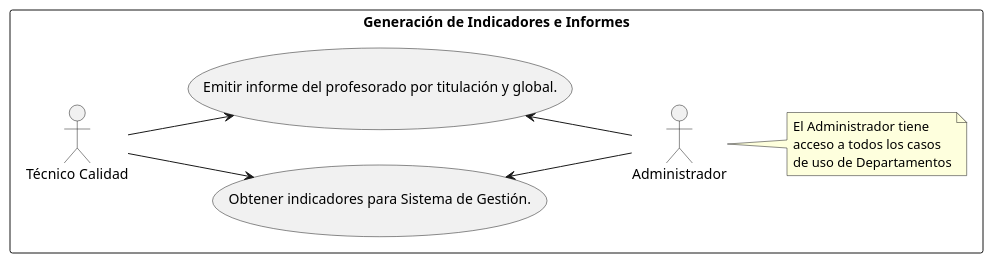
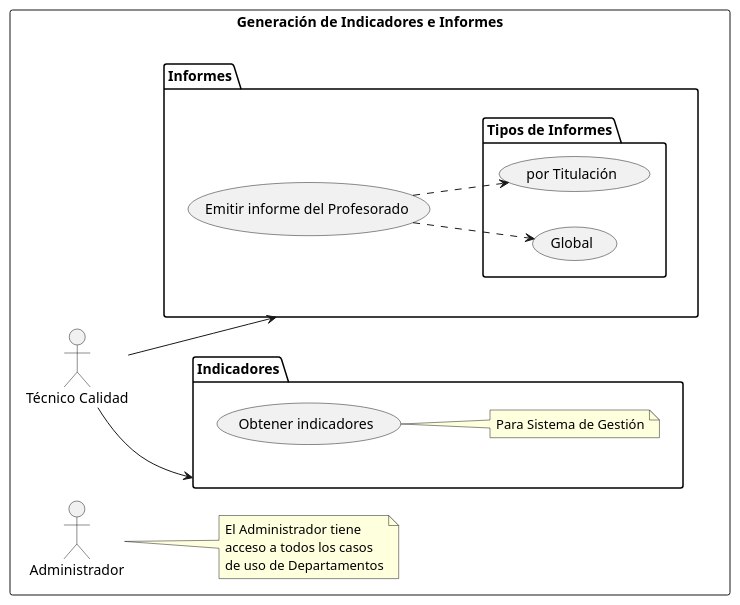
One commit to mmasias/24-25-IdSw1-SDR changed the diagram in modelosUML/CdU/IndicadoresInformes.puml. Above: the diagram before and after it, drawn with PlantUML. The commit also changed 9 other files, not shown here.

Commit message:
nuevos diagramas cdu

```diff
--- a/modelosUML/CdU/IndicadoresInformes.puml
+++ b/modelosUML/CdU/IndicadoresInformes.puml
@@ -1,25 +1,37 @@
 @startuml
 left to right direction
+
 package "Generación de Indicadores e Informes" {
+    actor "Técnico Calidad" as tec
+    actor "Administrador" as admin
   
-  actor "Técnico Calidad" as TecnicoCalidad
-  actor "Administrador" as Admin
-  
-  rectangle "Generación de Indicadores e Informes" {
-    usecase "Obtener indicadores para Sistema de Gestión." as CU1
-    usecase "Emitir informe del profesorado por titulación y global." as CU2
-  }
+    rectangle "Generación de Indicadores e Informes" {
+      package "Indicadores" as indicadores {
+        usecase "Obtener indicadores"
+        note right of "Obtener indicadores"
+           Para Sistema de Gestión
+        end note
+      }
+      
+      package "Informes" as informes {
+        usecase "Emitir informe del Profesorado" as emitirInforme
+        package "Tipos de Informes" {
+          usecase "por Titulación" as titulacion
+          usecase "Global" as global
+        }
+      }
+    }
 
-  TecnicoCalidad --> CU1
-  TecnicoCalidad --> CU2
+    emitirInforme ..> titulacion
+    emitirInforme ..> global
 
-  CU1 <-- Admin
-  CU2 <-- Admin
+    tec --> indicadores
+    tec --> informes
 
-  note right of Admin
-    El Administrador tiene
-    acceso a todos los casos
-    de uso de Departamentos
-  end note
+    note right of admin
+      El Administrador tiene
+      acceso a todos los casos
+      de uso de Departamentos
+    end note
 }
 @enduml
```
